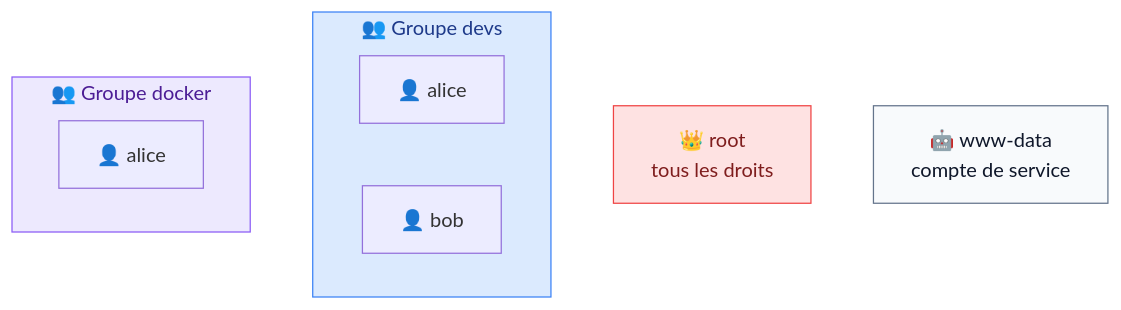
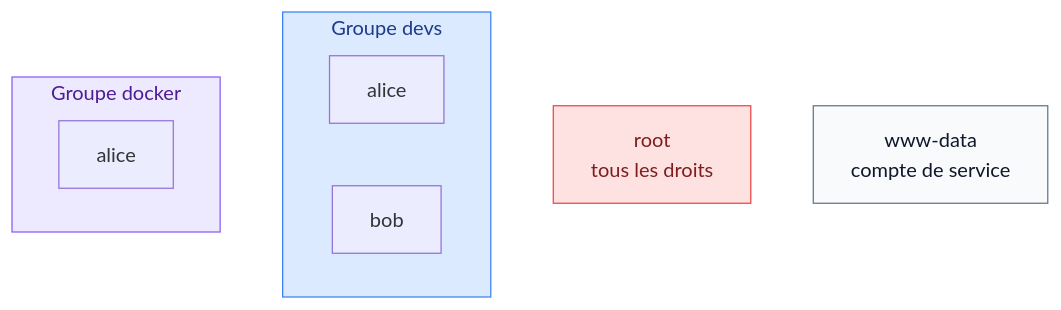
Before and after one commit to GoobyWoobies/HEIA-IT: the first of 4 diagrams in methodologie-securite-it/linux/07-permissions.md, drawn with Mermaid. The commit also changed other lines of this file and 24 other files, not shown here.

````diff
--- a/methodologie-securite-it/linux/07-permissions.md
+++ b/methodologie-securite-it/linux/07-permissions.md
@@ -34,17 +34,17 @@
 ```mermaid
 flowchart TB
-    ROOT["👑 root<br/>tous les droits"]
-    subgraph G1["👥 Groupe devs"]
-        A["👤 alice"]
-        B["👤 bob"]
+    ROOT["root<br/>tous les droits"]
+    subgraph G1["Groupe devs"]
+        A["alice"]
+        B["bob"]
     end
-    subgraph G2["👥 Groupe docker"]
-        A2["👤 alice"]
+    subgraph G2["Groupe docker"]
+        A2["alice"]
     end
-    W["🤖 www-data<br/>compte de service"]
+    W["www-data<br/>compte de service"]
 
     style ROOT fill:#fee2e2,stroke:#ef4444,color:#7f1d1d
     style G1 fill:#dbeafe,stroke:#3b82f6,color:#1e3a8a
     style G2 fill:#ede9fe,stroke:#8b5cf6,color:#4c1d95
     style W fill:#f8fafc,stroke:#64748b,color:#0f172a
 ```
````
